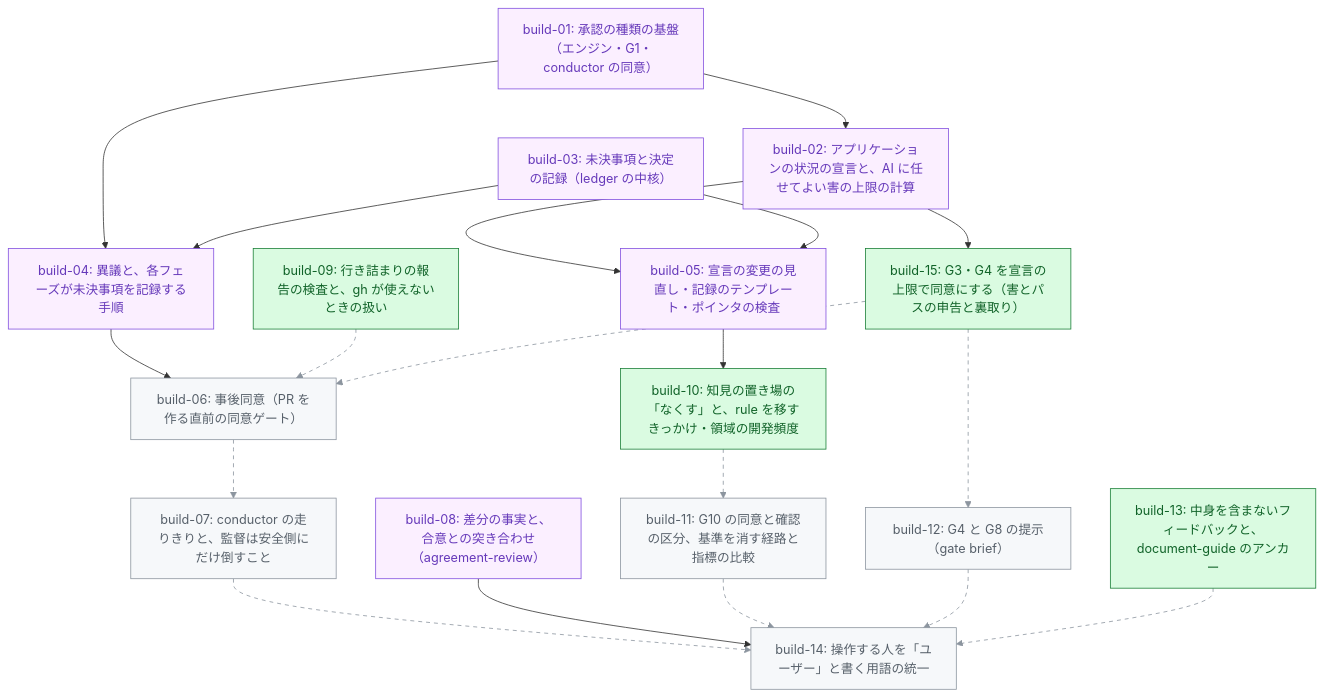
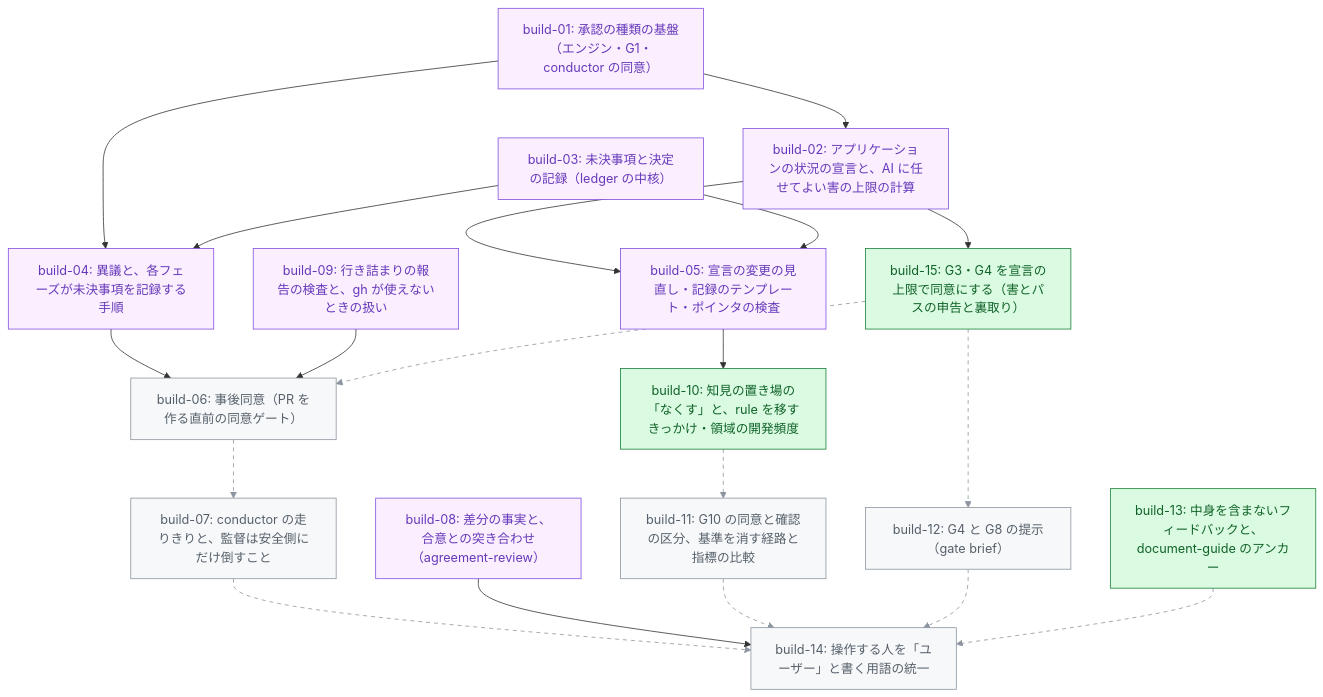
The diagram in .hikyaku/cycles/001-v3-core-concepts/tasklist.md (tak-solder/hikyaku), drawn with Mermaid before and after one commit. The commit also changed other lines of this file and 1 other file, not shown here.

Commit message:
builder(001-v3-core-concepts): build-09 の PR を記録する（#115）
Claude-Session: https://claude.ai/code/session_01RJieNbZxJTuNKqjvWpTagW

````diff
--- a/.hikyaku/cycles/001-v3-core-concepts/tasklist.md
+++ b/.hikyaku/cycles/001-v3-core-concepts/tasklist.md
@@ -30,43 +30,43 @@
 ```mermaid
 graph TD
   b01["build-01: 承認の種類の基盤（エンジン・G1・conductor の同意）"]
   b02["build-02: アプリケーションの状況の宣言と、AI に任せてよい害の上限の計算"]
   b03["build-03: 未決事項と決定の記録（ledger の中核）"]
   b04["build-04: 異議と、各フェーズが未決事項を記録する手順"]
   b05["build-05: 宣言の変更の見直し・記録のテンプレート・ポインタの検査"]
   b06["build-06: 事後同意（PR を作る直前の同意ゲート）"]
   b07["build-07: conductor の走りきりと、監督は安全側にだけ倒すこと"]
   b08["build-08: 差分の事実と、合意との突き合わせ（agreement-review）"]
   b09["build-09: 行き詰まりの報告の検査と、gh が使えないときの扱い"]
   b10["build-10: 知見の置き場の「なくす」と、rule を移すきっかけ・領域の開発頻度"]
   b11["build-11: G10 の同意と確認の区分、基準を消す経路と指標の比較"]
   b12["build-12: G4 と G8 の提示（gate brief）"]
   b13["build-13: 中身を含まないフィードバックと、document-guide のアンカー"]
   b14["build-14: 操作する人を「ユーザー」と書く用語の統一"]
   b15["build-15: G3・G4 を宣言の上限で同意にする（害とパスの申告と裏取り）"]
   b01 --> b02
   b01 --> b04
   b03 --> b04
   b02 --> b05
   b03 --> b05
   b04 --> b06
-  b09 -.-> b06
+  b09 --> b06
   b15 -.-> b06
   b06 -.-> b07
   b05 --> b10
   b10 -.-> b11
   b15 -.-> b12
   b07 -.-> b14
   b08 --> b14
   b11 -.-> b14
   b12 -.-> b14
   b13 -.-> b14
   b02 --> b15
   classDef merged fill:#fbefff,stroke:#8250df,color:#6639ba
   classDef ready fill:#dafbe1,stroke:#1a7f37,color:#116329
   classDef blocked fill:#f6f8fa,stroke:#8c959f,color:#57606a
-  class b01,b02,b03,b04,b05,b08 merged
-  class b09,b10,b13,b15 ready
+  class b01,b02,b03,b04,b05,b08,b09 merged
+  class b10,b13,b15 ready
   class b06,b07,b11,b12,b14 blocked
-  linkStyle 6,7,8,10,11,12,14,15,16 stroke:#8c959f,stroke-dasharray:5 5
+  linkStyle 7,8,10,11,12,14,15,16 stroke:#8c959f,stroke-dasharray:5 5
 ```
````
